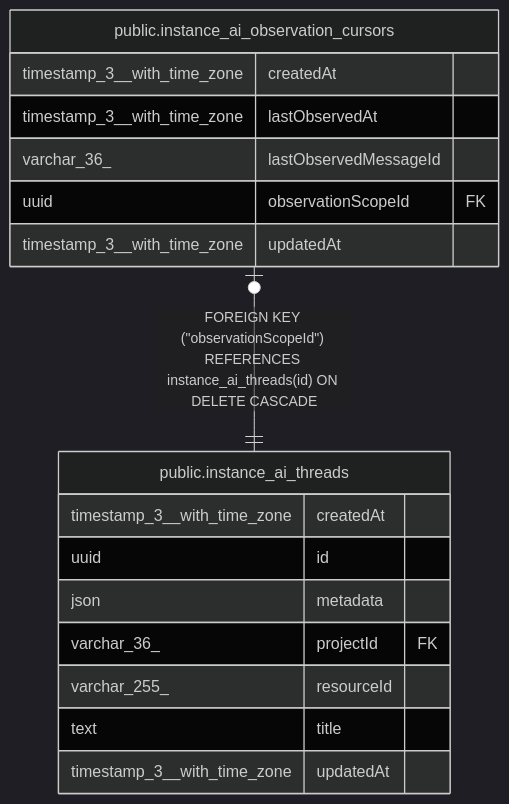
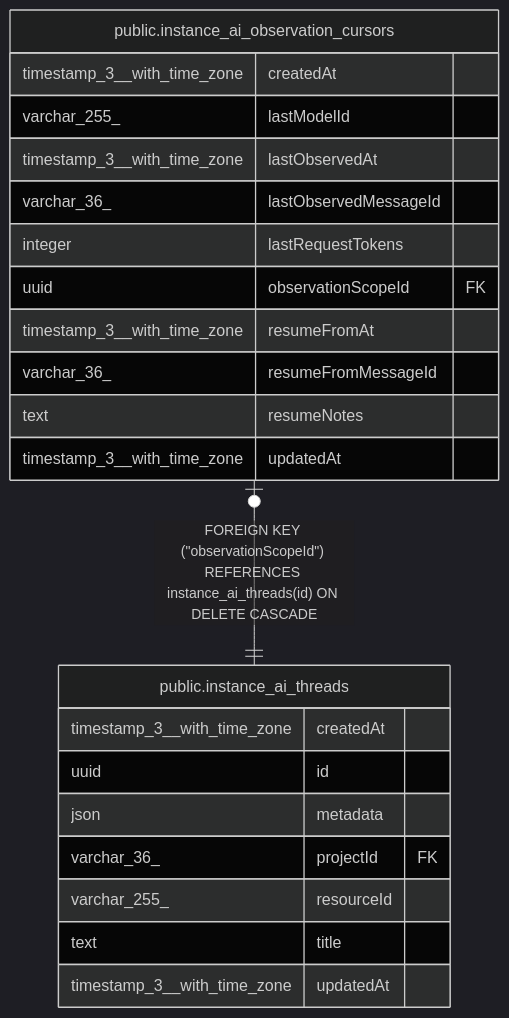
One commit to koreatest12/studys changed the diagram in n8n_integration/n8n_source/docs/generated/postgres-schema/public.instance_ai_observation_cursors.md. Above: the diagram before and after it, drawn with Mermaid (dark theme). The commit also changed other lines of this file and 23019 other files, not shown here.

````diff
--- a/n8n_integration/n8n_source/docs/generated/postgres-schema/public.instance_ai_observation_cursors.md
+++ b/n8n_integration/n8n_source/docs/generated/postgres-schema/public.instance_ai_observation_cursors.md
@@ -33,22 +38,27 @@
 ```mermaid
 erDiagram
 
 "public.instance_ai_observation_cursors" |o--|| "public.instance_ai_threads" : "FOREIGN KEY (#quot;observationScopeId#quot;) REFERENCES instance_ai_threads(id) ON DELETE CASCADE"
 
 "public.instance_ai_observation_cursors" {
   timestamp_3__with_time_zone createdAt
+  varchar_255_ lastModelId
   timestamp_3__with_time_zone lastObservedAt
   varchar_36_ lastObservedMessageId
+  integer lastRequestTokens
   uuid observationScopeId FK
+  timestamp_3__with_time_zone resumeFromAt
+  varchar_36_ resumeFromMessageId
+  text resumeNotes
   timestamp_3__with_time_zone updatedAt
 }
 "public.instance_ai_threads" {
   timestamp_3__with_time_zone createdAt
   uuid id
   json metadata
   varchar_36_ projectId FK
   varchar_255_ resourceId
   text title
   timestamp_3__with_time_zone updatedAt
 }
 ```
````
